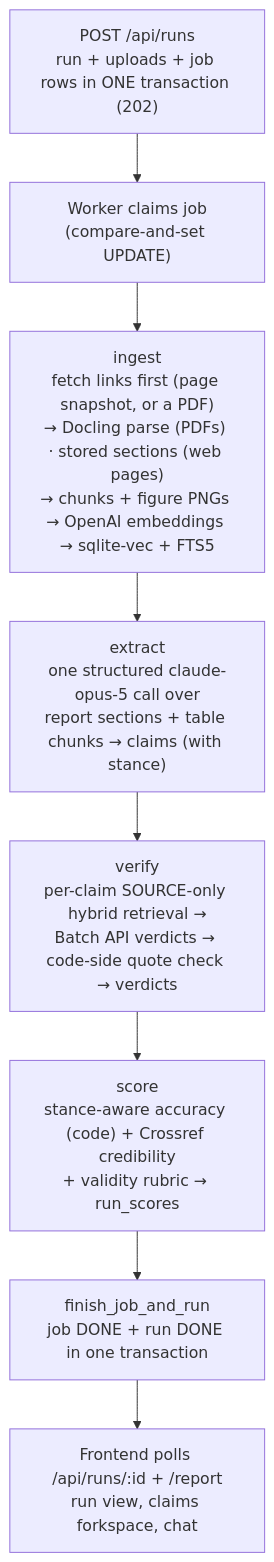
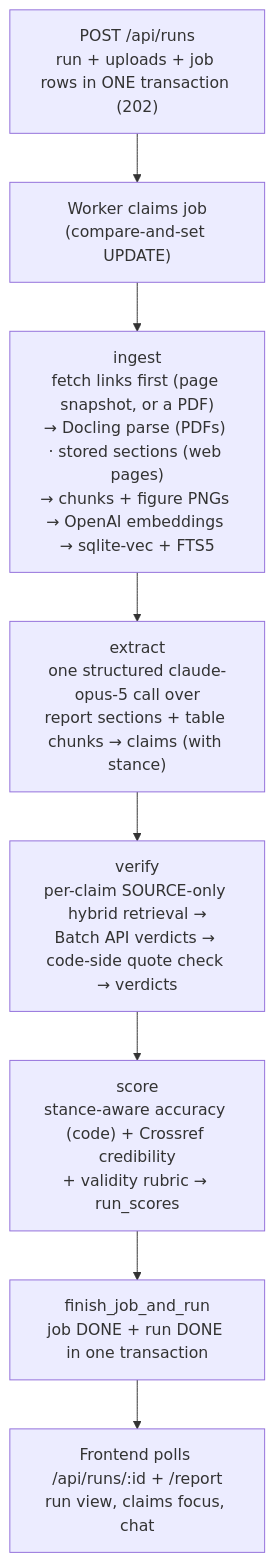
Before and after one commit to vfeliu04/author-accuracy-ai: the diagram in docs/architecture.md, drawn with Mermaid. The commit also changed other lines of this file and 4 other files, not shown here.

````diff
--- a/docs/architecture.md
+++ b/docs/architecture.md
@@ -16,10 +16,10 @@
 ```mermaid
 flowchart TD
     A["POST /api/runs<br/>run + uploads + job rows in ONE transaction (202)"] --> B["Worker claims job<br/>(compare-and-set UPDATE)"]
     B --> C["ingest<br/>fetch links first (page snapshot, or a PDF)<br/>→ Docling parse (PDFs) · stored sections (web pages)<br/>→ chunks + figure PNGs → OpenAI embeddings → sqlite-vec + FTS5"]
     C --> D["extract<br/>one structured claude-opus-5 call over<br/>report sections + table chunks → claims (with stance)"]
     D --> E["verify<br/>per-claim SOURCE-only hybrid retrieval →<br/>Batch API verdicts → code-side quote check → verdicts"]
     E --> F["score<br/>stance-aware accuracy (code) + Crossref credibility<br/>+ validity rubric → run_scores"]
     F --> G["finish_job_and_run<br/>job DONE + run DONE in one transaction"]
-    G --> H["Frontend polls /api/runs/:id + /report<br/>run view, claims forkspace, chat"]
+    G --> H["Frontend polls /api/runs/:id + /report<br/>run view, claims focus, chat"]
 ```
````
